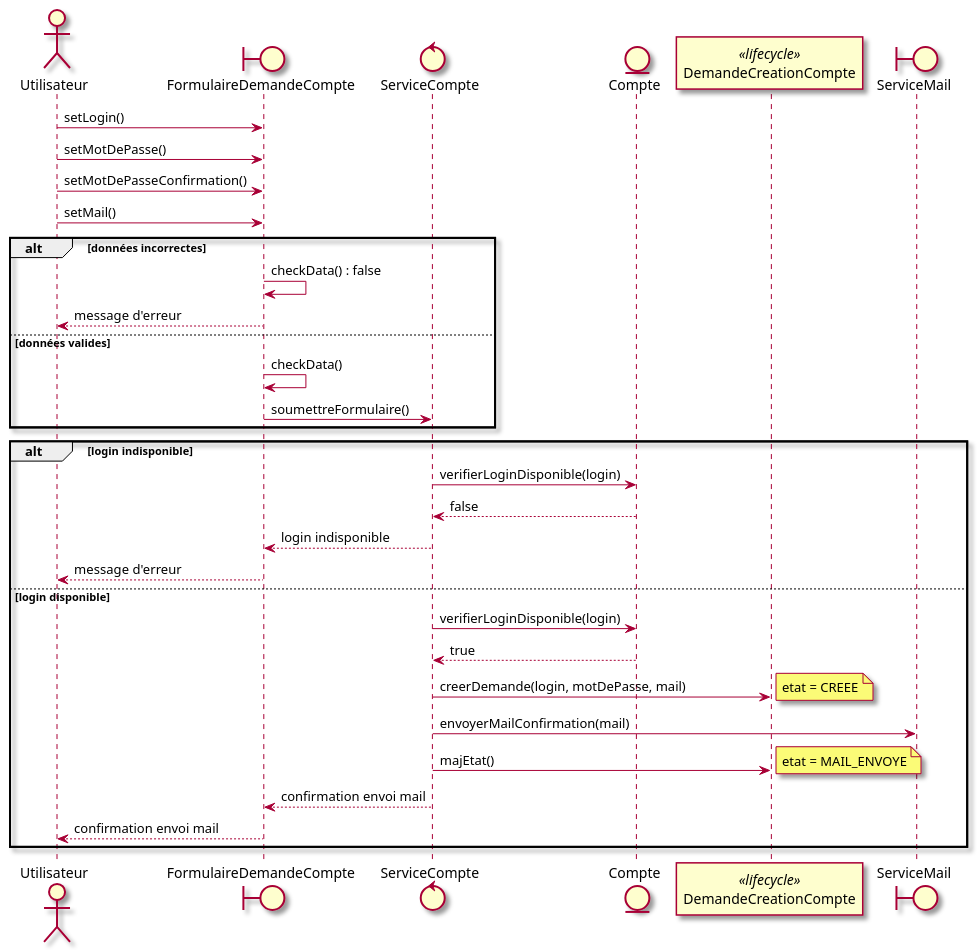
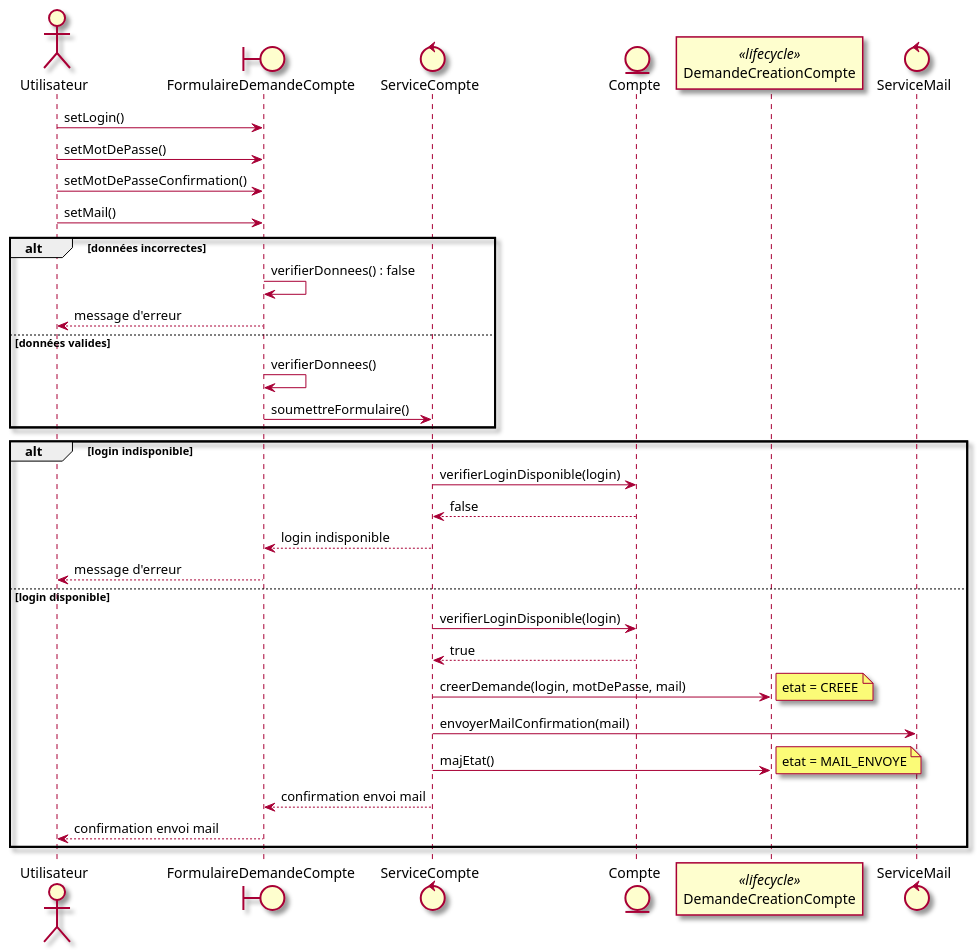
Before and after one commit to mrajaonson/glg204-room-management-system: the second of 56 diagrams in docs/02-Analyse.md, drawn with PlantUML. The commit also changed other lines of this file and 2 other files, not shown here.

````diff
--- a/docs/02-Analyse.md
+++ b/docs/02-Analyse.md
@@ -171,39 +171,39 @@
 ```plantuml
 @startuml
 skin rose
 actor Utilisateur as u
 boundary FormulaireDemandeCompte as ui
 control ServiceCompte as svc
 entity Compte as compte
 participant DemandeCreationCompte as dcm <<lifecycle>>
-boundary ServiceMail as mail
+control ServiceMail as mail
 
 u -> ui : setLogin()
 u -> ui : setMotDePasse()
 u -> ui : setMotDePasseConfirmation()
 u -> ui : setMail()
 alt données incorrectes
-  ui -> ui : checkData() : false
+  ui -> ui : verifierDonnees() : false
   ui --> u : message d'erreur
 else données valides
-  ui -> ui : checkData()
+  ui -> ui : verifierDonnees()
   ui -> svc : soumettreFormulaire()
 end
 alt login indisponible
   svc -> compte : verifierLoginDisponible(login)
   compte --> svc : false
   svc --> ui : login indisponible
   ui --> u : message d'erreur
 else login disponible
   svc -> compte : verifierLoginDisponible(login)
   compte --> svc : true
   svc -> dcm : creerDemande(login, motDePasse, mail)
   note right : etat = CREEE
   svc -> mail : envoyerMailConfirmation(mail)
   svc -> dcm : majEtat()
   note right : etat = MAIL_ENVOYE
   svc --> ui : confirmation envoi mail
   ui --> u : confirmation envoi mail
 end
 @enduml
 ```
````
